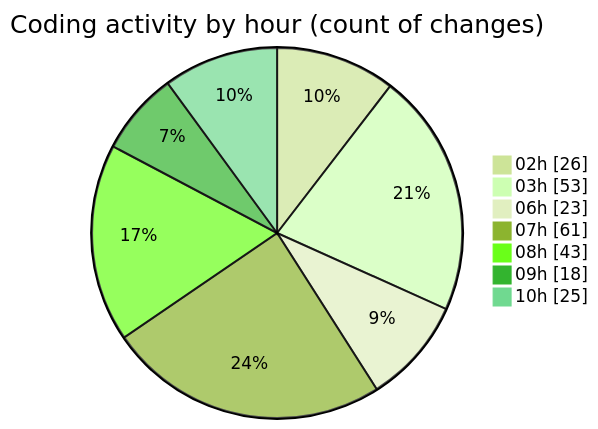
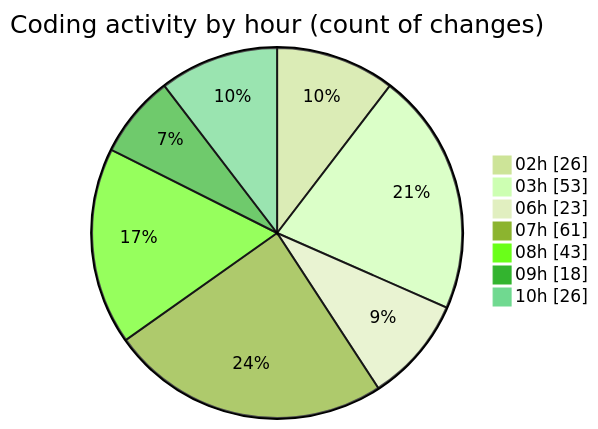
Before and after one commit to charlie-sans/code-tracking: the second of 2 diagrams in 2025-02-22/micros/README.md, drawn with Mermaid (forest theme). The commit also changed other lines of this file and 1 other file, not shown here.

````diff
--- a/2025-02-22/micros/README.md
+++ b/2025-02-22/micros/README.md
@@ -78,11 +78,11 @@
 ```mermaid
 pie showData
 title Coding activity by hour (count of changes)
 "02h" : 26
 "03h" : 53
 "06h" : 23
 "07h" : 61
 "08h" : 43
 "09h" : 18
-"10h" : 25
+"10h" : 26
 ```
````
